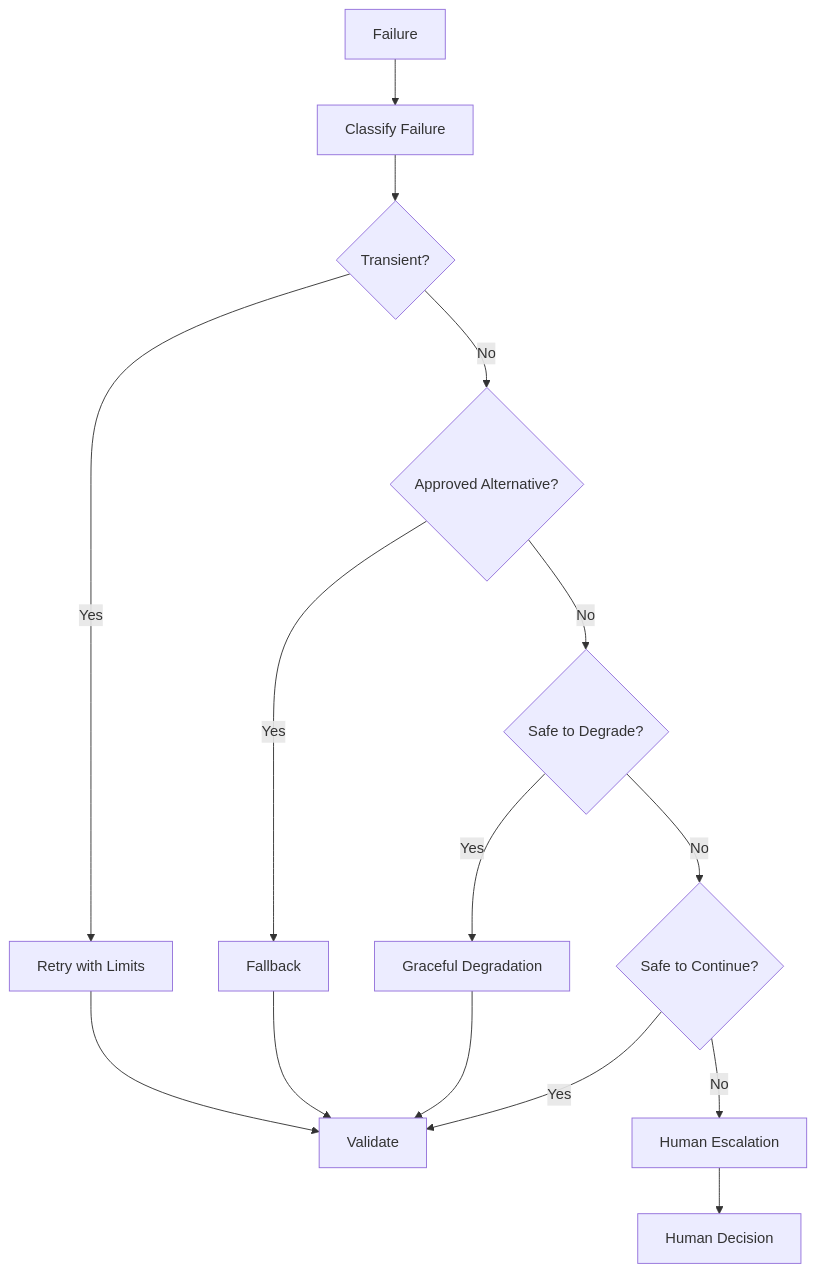
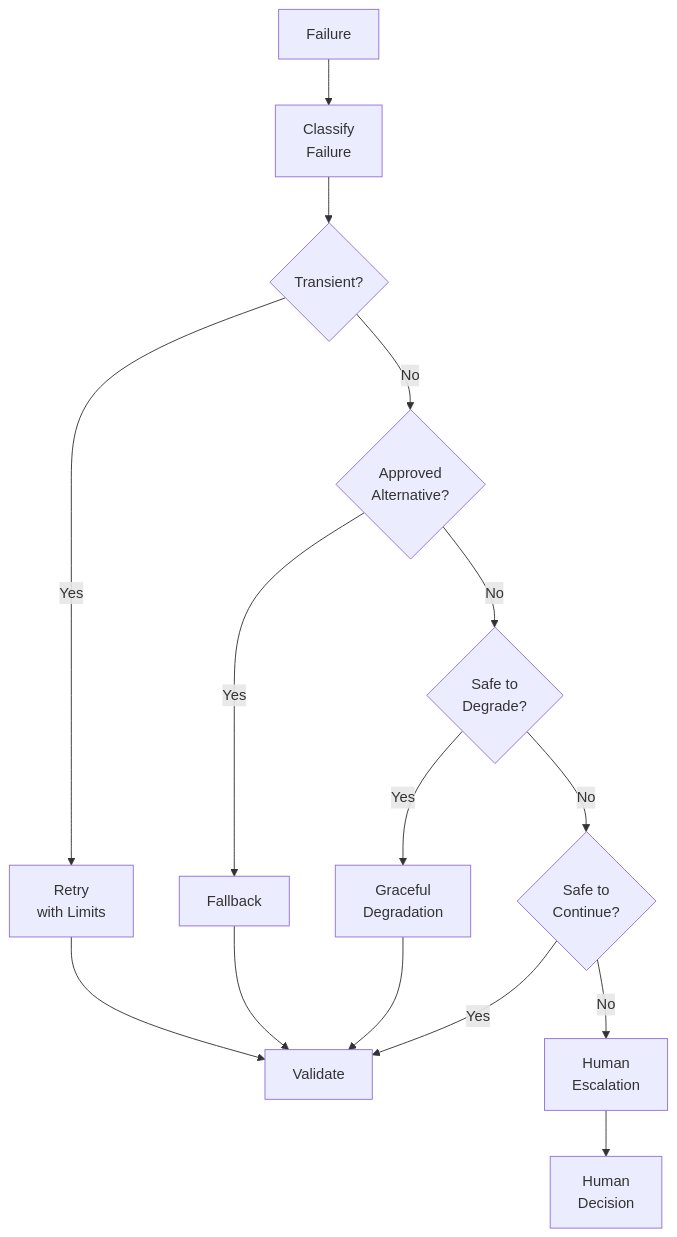
Before and after one commit to MihirKJha/enterprise-ai-blog: the fourth of 4 diagrams in docs/architecture-insights/genai-and-rag/2.1-designing-reliable-enterprise-ai-failure-fallback-control.md, drawn with Mermaid. The commit also changed other lines of this file, not shown here.

````diff
--- a/docs/architecture-insights/genai-and-rag/2.1-designing-reliable-enterprise-ai-failure-fallback-control.md
+++ b/docs/architecture-insights/genai-and-rag/2.1-designing-reliable-enterprise-ai-failure-fallback-control.md
@@ -399,22 +399,22 @@
  ```mermaid
  graph TD
-     F[Failure] --> C[Classify Failure]
+     F[Failure] --> C[Classify<br/>Failure]
      C --> T{Transient?}
 
-     T -->|Yes| R[Retry with Limits]
-     T -->|No| A{Approved Alternative?}
+     T -->|Yes| R[Retry<br/>with Limits]
+     T -->|No| A{Approved<br/>Alternative?}
 
      A -->|Yes| FB[Fallback]
-     A -->|No| D{Safe to Degrade?}
+     A -->|No| D{Safe to<br/>Degrade?}
 
-     D -->|Yes| GD[Graceful Degradation]
-     D -->|No| H{Safe to Continue?}
+     D -->|Yes| GD[Graceful<br/>Degradation]
+     D -->|No| H{Safe to<br/>Continue?}
 
      H -->|Yes| V[Validate]
-     H -->|No| HE[Human Escalation]
+     H -->|No| HE[Human<br/>Escalation]
 
      R --> V
      FB --> V
      GD --> V
-     HE --> HD[Human Decision]
+     HE --> HD[Human<br/>Decision]
  ```
````
